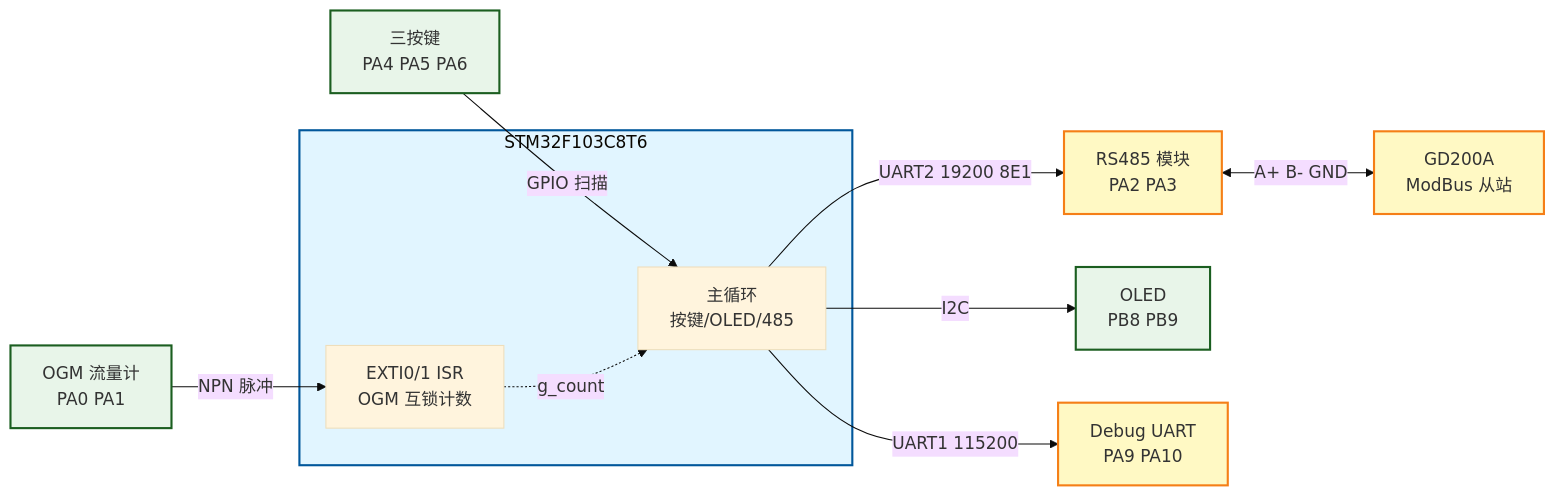
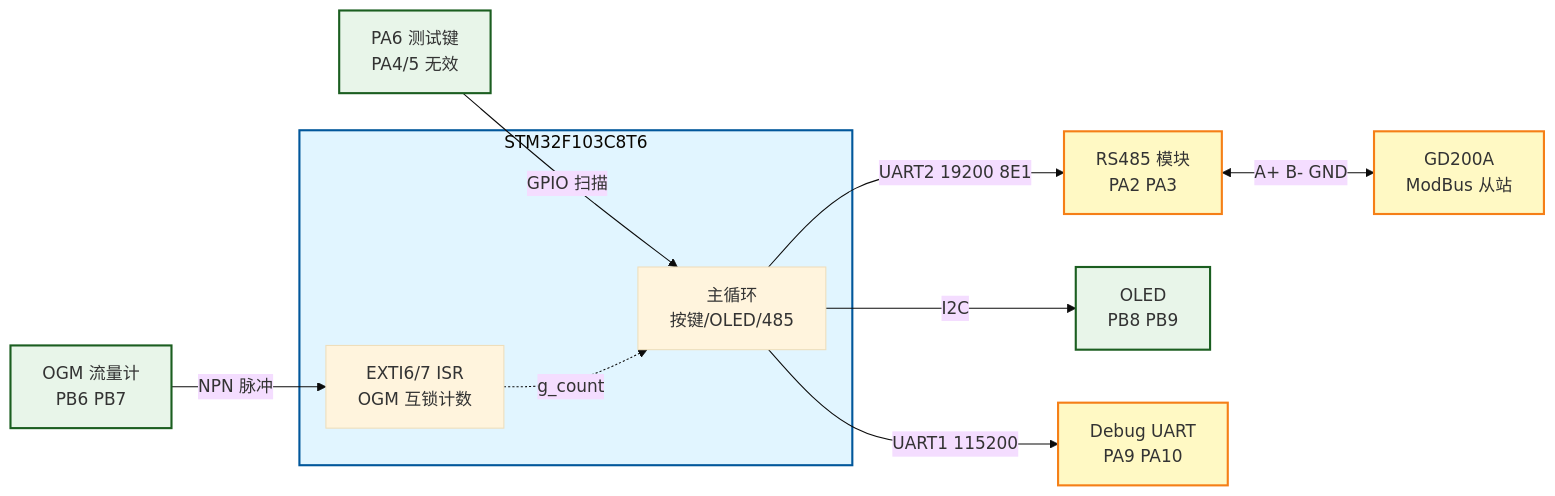
The third of 6 diagrams in Examples/NPN/NPN03_Preset_Pump_SwAlgo/README.md (mdbsliguo/stm32_template_SPL), drawn with Mermaid (base theme) before and after one commit. The commit also changed other lines of this file and 6 other files, not shown here.

````diff
--- a/Examples/NPN/NPN03_Preset_Pump_SwAlgo/README.md
+++ b/Examples/NPN/NPN03_Preset_Pump_SwAlgo/README.md
@@ -336,31 +363,31 @@
 ```mermaid
 %%{init: {'flowchart': {'curve': 'basis'}}}%%
 flowchart LR
     subgraph MCU[STM32F103C8T6]
         APP[主循环<br/>按键/OLED/485]
-        EXTI_ISR[EXTI0/1 ISR<br/>OGM 互锁计数]
+        EXTI_ISR[EXTI6/7 ISR<br/>OGM 互锁计数]
     end
 
-    OGM[OGM 流量计<br/>PA0 PA1]
-    BTN[三按键<br/>PA4 PA5 PA6]
+    OGM[OGM 流量计<br/>PB6 PB7]
+    BTN[PA6 测试键<br/>PA4/5 无效]
     RS485[RS485 模块<br/>PA2 PA3]
     INVT[GD200A<br/>ModBus 从站]
     OLED[OLED<br/>PB8 PB9]
     DBG[Debug UART<br/>PA9 PA10]
 
     OGM -->|NPN 脉冲| EXTI_ISR
     BTN -->|GPIO 扫描| APP
     APP -->|UART2 19200 8E1| RS485
     RS485 <-->|A+ B- GND| INVT
     APP -->|I2C| OLED
     APP -->|UART1 115200| DBG
     EXTI_ISR -.->|g_count| APP
 
     classDef mcu fill:#e1f5ff,stroke:#01579b,stroke-width:2px
     classDef dev fill:#e8f5e9,stroke:#1b5e20,stroke-width:2px
     classDef comm fill:#fff9c4,stroke:#f57f17,stroke-width:2px
 
     class MCU mcu
     class OGM,BTN,OLED dev
     class RS485,INVT,DBG comm
 ```
````
